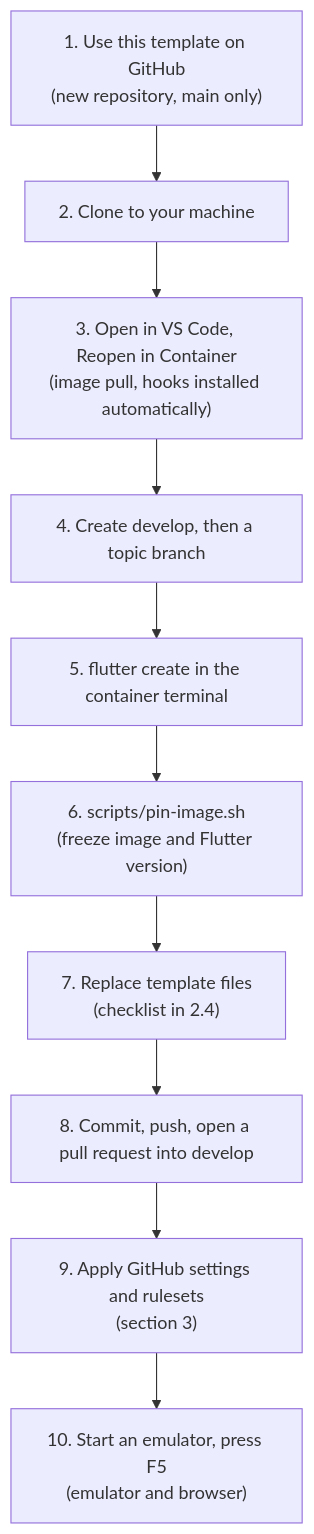
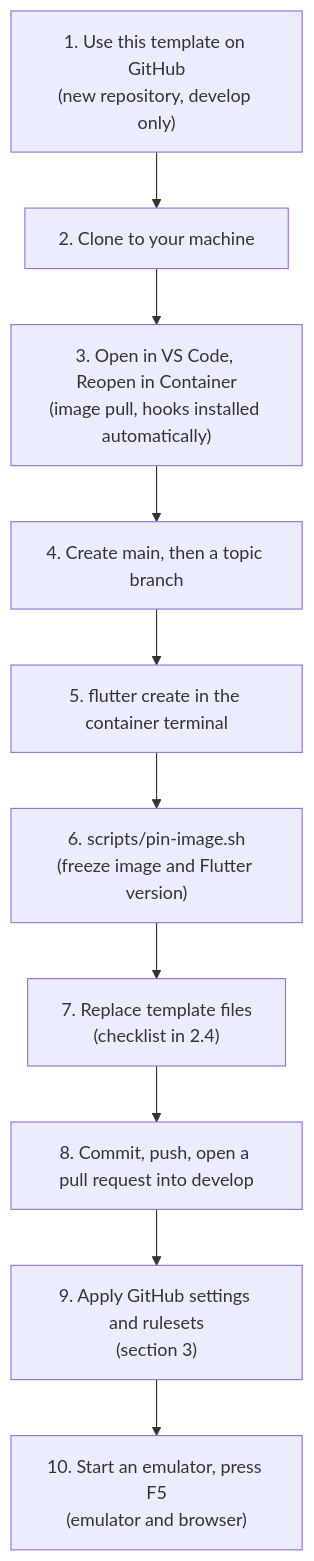
One commit to alihaidar0/flutter-template changed the second of 12 diagrams in README.md. Above: the diagram before and after it, drawn with Mermaid. The commit also changed other lines of this file and 6 other files, not shown here.

````diff
--- a/README.md
+++ b/README.md
@@ -106,12 +106,12 @@
 ```mermaid
 flowchart TD
-    A["1. Use this template on GitHub<br/>(new repository, main only)"] --> B["2. Clone to your machine"]
+    A["1. Use this template on GitHub<br/>(new repository, develop only)"] --> B["2. Clone to your machine"]
     B --> C["3. Open in VS Code, Reopen in Container<br/>(image pull, hooks installed automatically)"]
-    C --> D["4. Create develop, then a topic branch"]
+    C --> D["4. Create main, then a topic branch"]
     D --> E["5. flutter create in the container terminal"]
     E --> F["6. scripts/pin-image.sh<br/>(freeze image and Flutter version)"]
     F --> G["7. Replace template files<br/>(checklist in 2.4)"]
     G --> H["8. Commit, push, open a pull request into develop"]
     H --> I["9. Apply GitHub settings and rulesets<br/>(section 3)"]
     I --> J["10. Start an emulator, press F5<br/>(emulator and browser)"]
 ```
````
